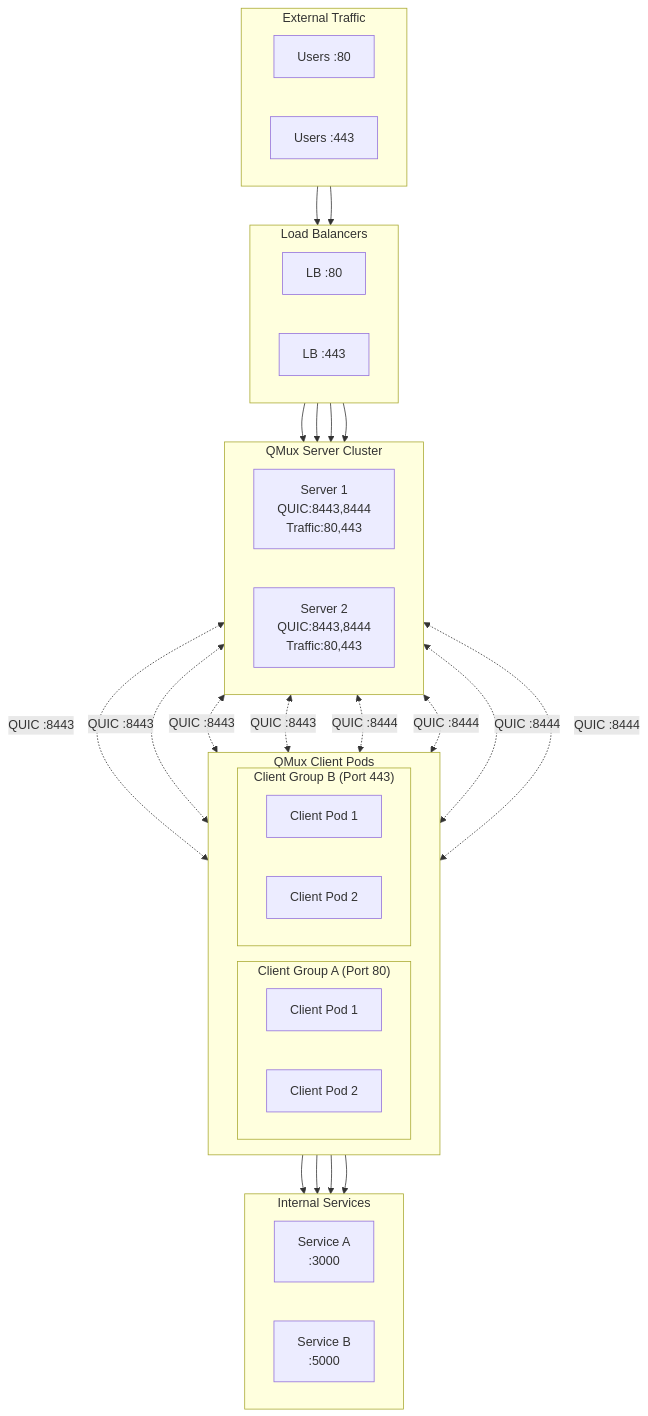
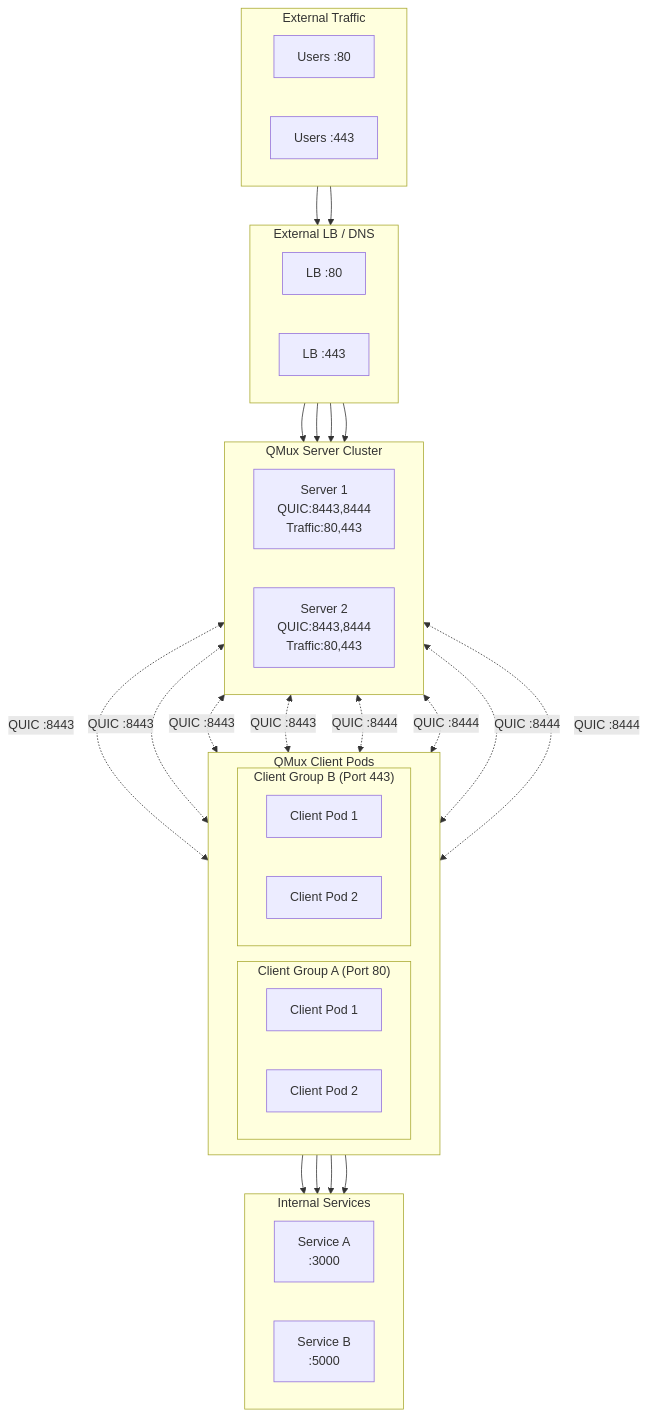
Before and after one commit to Mmx233/QMux: the first of 2 diagrams in README.md, drawn with Mermaid. The commit also changed other lines of this file and 8 other files, not shown here.

````diff
--- a/README.md
+++ b/README.md
@@ -310,49 +310,49 @@
 ```mermaid
 flowchart TD
     subgraph External["External Traffic"]
         direction LR
         User1[Users :80]
         User2[Users :443]
     end
 
-    subgraph LBLayer["Load Balancers"]
+    subgraph LBLayer["External LB / DNS"]
         direction LR
         LB1[LB :80]
         LB2[LB :443]
     end
 
     subgraph ServerCluster["QMux Server Cluster"]
         direction LR
         S1[Server 1<br/>QUIC:8443,8444<br/>Traffic:80,443]
         S2[Server 2<br/>QUIC:8443,8444<br/>Traffic:80,443]
     end
 
     subgraph ClientLayer["QMux Client Pods"]
         direction LR
         subgraph ClientGroup1["Client Group A (Port 80)"]
             C1A[Client Pod 1]
             C1B[Client Pod 2]
         end
         subgraph ClientGroup2["Client Group B (Port 443)"]
             C2A[Client Pod 1]
             C2B[Client Pod 2]
         end
     end
 
     subgraph Services["Internal Services"]
         direction LR
         SVC1[Service A<br/>:3000]
         SVC2[Service B<br/>:5000]
     end
 
     User1 --> LB1
     User2 --> LB2
     LB1 --> S1 & S2
     LB2 --> S1 & S2
 
     S1 & S2 <-.->|QUIC :8443| C1A & C1B
     S1 & S2 <-.->|QUIC :8444| C2A & C2B
 
     C1A & C1B --> SVC1
     C2A & C2B --> SVC2
 ```
````
